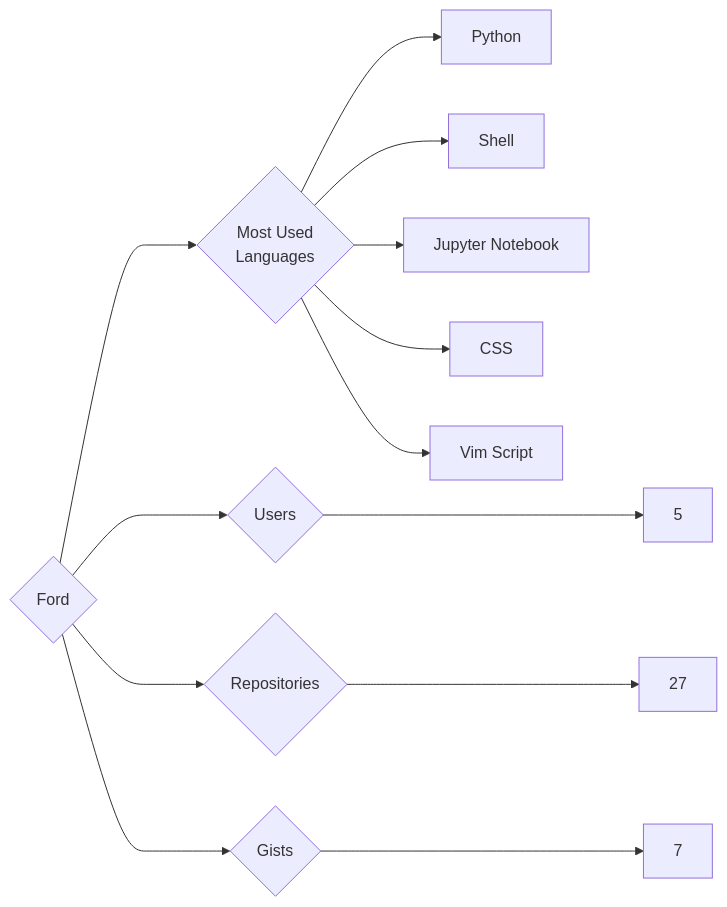
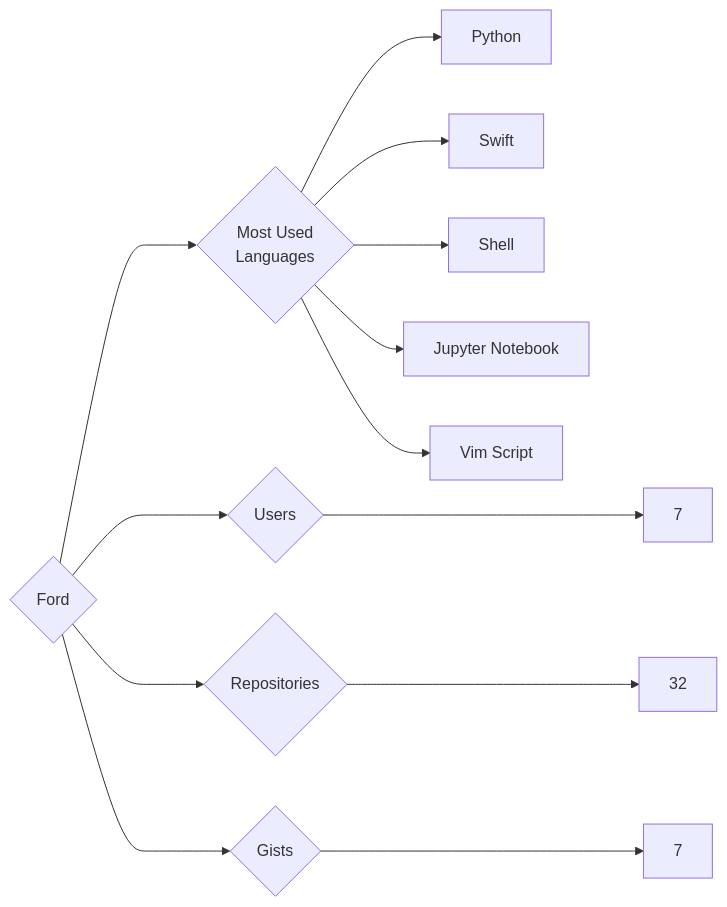
Before and after one commit to trickest/insiders: the diagram in targets/Ford/README.md, drawn with Mermaid. The commit also changed 1020 other files, not shown here.

````diff
--- a/targets/Ford/README.md
+++ b/targets/Ford/README.md
@@ -3,13 +3,13 @@
 ```mermaid
 graph LR
 COMPANY_NAME{Ford}
-COMPANY_NAME ---> U{Users} ---> UN[5]
-COMPANY_NAME ---> R{Repositories} ---> RN[27]
+COMPANY_NAME ---> U{Users} ---> UN[7]
+COMPANY_NAME ---> R{Repositories} ---> RN[32]
 COMPANY_NAME ---> G{Gists} ---> GN[7]
 COMPANY_NAME ---> ML{Most Used<br>Languages}
 ML --> Python[Python]
+ML --> Swift[Swift]
 ML --> Shell[Shell]
 ML --> Jupyter_Notebook[Jupyter Notebook]
-ML --> CSS[CSS]
 ML --> Vim_Script[Vim Script]
 ```
````
